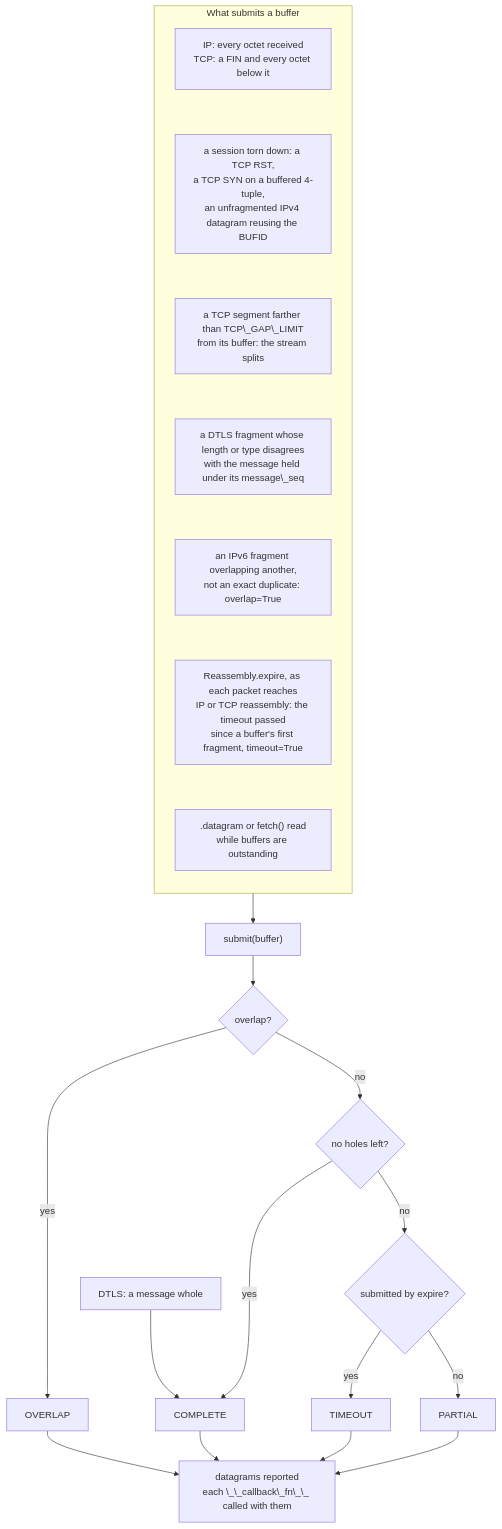
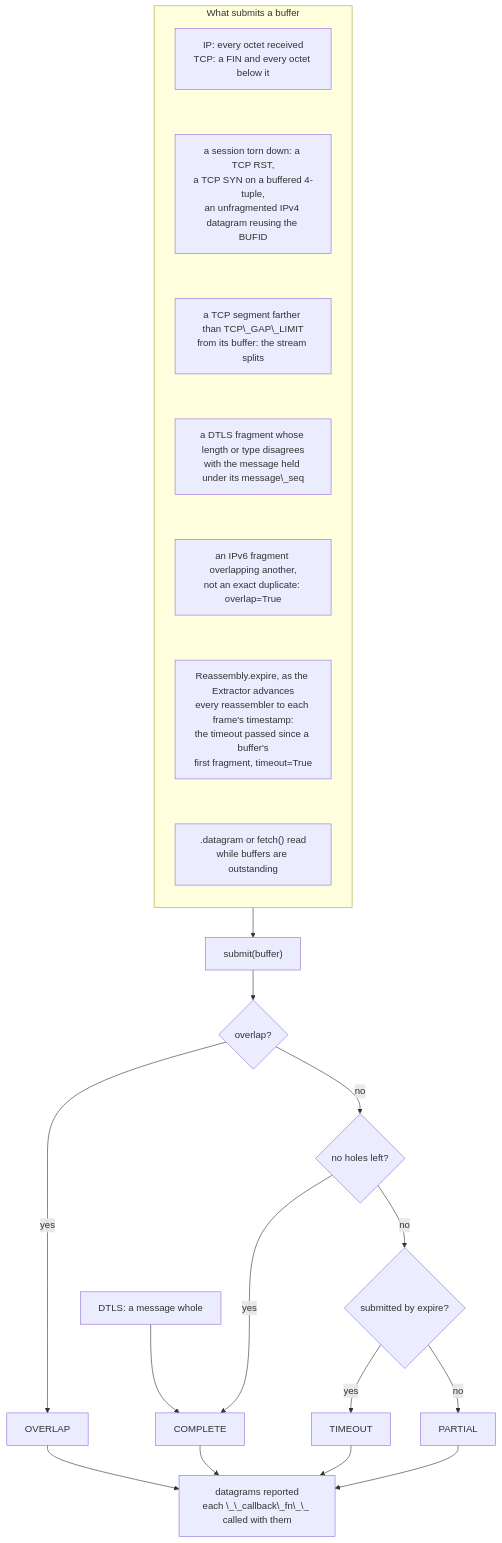
The second of 2 diagrams in docs/source/pcapkit/foundation/reassembly/index.rst (JarryShaw/PyPCAPKit), drawn with Mermaid before and after one commit. The commit also changed 37 other files, not shown here.

```diff
--- a/docs/source/pcapkit/foundation/reassembly/index.rst
+++ b/docs/source/pcapkit/foundation/reassembly/index.rst
@@ -70,43 +70,43 @@
 .. mermaid::
 
    flowchart TD
        subgraph trig ["What submits a buffer"]
            direction TB
            T1["IP: every octet received<br/>TCP: a FIN and every octet below it"]
            T2["a session torn down: a TCP RST,<br/>a TCP SYN on a buffered 4-tuple,<br/>an unfragmented IPv4 datagram reusing the BUFID"]
            T3["a TCP segment farther than TCP\_GAP\_LIMIT<br/>from its buffer: the stream splits"]
            T4["a DTLS fragment whose length or type disagrees<br/>with the message held under its message\_seq"]
            T5["an IPv6 fragment overlapping another,<br/>not an exact duplicate: overlap=True"]
-           T6["Reassembly.expire, as each packet reaches<br/>IP or TCP reassembly: the timeout passed<br/>since a buffer's first fragment, timeout=True"]
+           T6["Reassembly.expire, as the Extractor advances<br/>every reassembler to each frame's timestamp:<br/>the timeout passed since a buffer's<br/>first fragment, timeout=True"]
            T7[".datagram or fetch() read<br/>while buffers are outstanding"]
            T1 ~~~ T2 ~~~ T3 ~~~ T4 ~~~ T5 ~~~ T6 ~~~ T7
        end
        T1D["DTLS: a message whole"]
        SUB["submit(buffer)"]
        Q1{"overlap?"}
        Q2{"no holes left?"}
        Q3{"submitted by expire?"}
        OV["OVERLAP"]
        CO["COMPLETE"]
        TO["TIMEOUT"]
        PA["PARTIAL"]
        CB["datagrams reported<br/>each \_\_callback\_fn\_\_ called with them"]
 
        trig --> SUB
        T1D --> CO
        SUB --> Q1
        Q1 -->|yes| OV
        Q1 -->|no| Q2
        Q2 -->|yes| CO
        Q2 -->|no| Q3
        Q3 -->|yes| TO
        Q3 -->|no| PA
        OV & CO & TO & PA --> CB
 
        click SUB "reassembly.html#pcapkit.foundation.reassembly.reassembly.Reassembly.submit"
        click T6 "reassembly.html#pcapkit.foundation.reassembly.reassembly.Reassembly.expire"
        click T7 "reassembly.html#pcapkit.foundation.reassembly.reassembly.Reassembly.fetch"
        click OV "index.html#pcapkit.foundation.reassembly.data.data.Completion.OVERLAP"
        click CO "index.html#pcapkit.foundation.reassembly.data.data.Completion.COMPLETE"
        click TO "index.html#pcapkit.foundation.reassembly.data.data.Completion.TIMEOUT"
        click PA "index.html#pcapkit.foundation.reassembly.data.data.Completion.PARTIAL"
```
